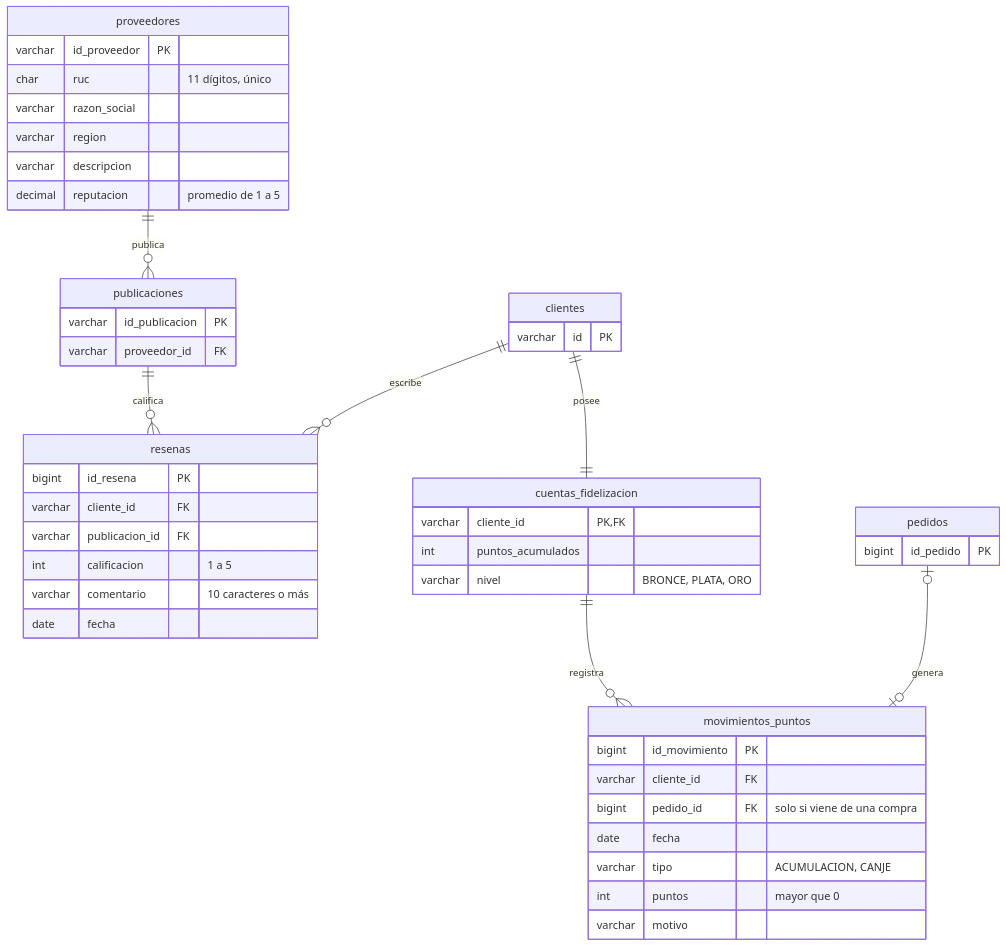
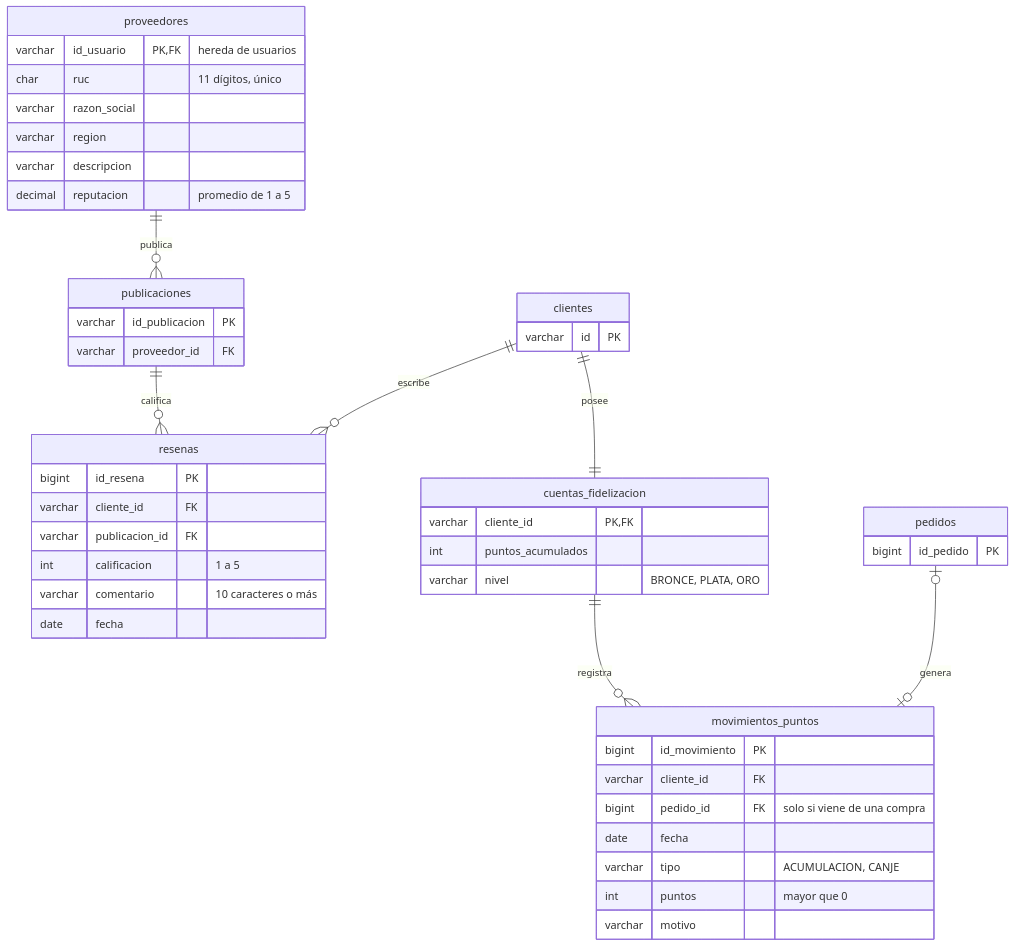
One commit to esteban-abanto-2709/TecnoLink changed the third of 5 diagrams in docs/backend/modelo-datos.md. Above: the diagram before and after it, drawn with Mermaid. The commit also changed other lines of this file and 9 other files, not shown here.

````diff
--- a/docs/backend/modelo-datos.md
+++ b/docs/backend/modelo-datos.md
@@ -66,50 +108,50 @@
 ```mermaid
 erDiagram
     proveedores ||--o{ publicaciones : "publica"
     clientes ||--o{ resenas : "escribe"
     publicaciones ||--o{ resenas : "califica"
     clientes ||--|| cuentas_fidelizacion : "posee"
     cuentas_fidelizacion ||--o{ movimientos_puntos : "registra"
     pedidos |o--o| movimientos_puntos : "genera"
 
     clientes {
         varchar id PK
     }
     publicaciones {
         varchar id_publicacion PK
         varchar proveedor_id FK
     }
     pedidos {
         bigint id_pedido PK
     }
     proveedores {
-        varchar id_proveedor PK
+        varchar id_usuario PK, FK "hereda de usuarios"
         char ruc "11 dígitos, único"
         varchar razon_social
         varchar region
         varchar descripcion
         decimal reputacion "promedio de 1 a 5"
     }
     resenas {
         bigint id_resena PK
         varchar cliente_id FK
         varchar publicacion_id FK
         int calificacion "1 a 5"
         varchar comentario "10 caracteres o más"
         date fecha
     }
     cuentas_fidelizacion {
         varchar cliente_id PK, FK
         int puntos_acumulados
         varchar nivel "BRONCE, PLATA, ORO"
     }
     movimientos_puntos {
         bigint id_movimiento PK
         varchar cliente_id FK
         bigint pedido_id FK "solo si viene de una compra"
         date fecha
         varchar tipo "ACUMULACION, CANJE"
         int puntos "mayor que 0"
         varchar motivo
     }
 ```
````
